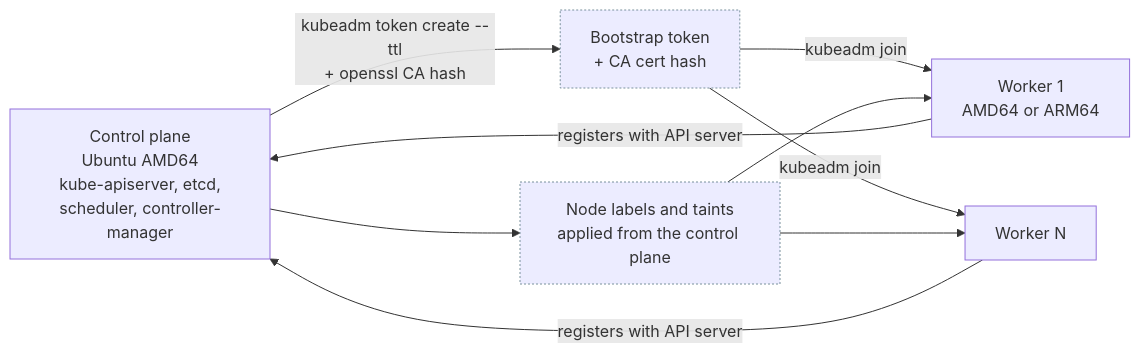
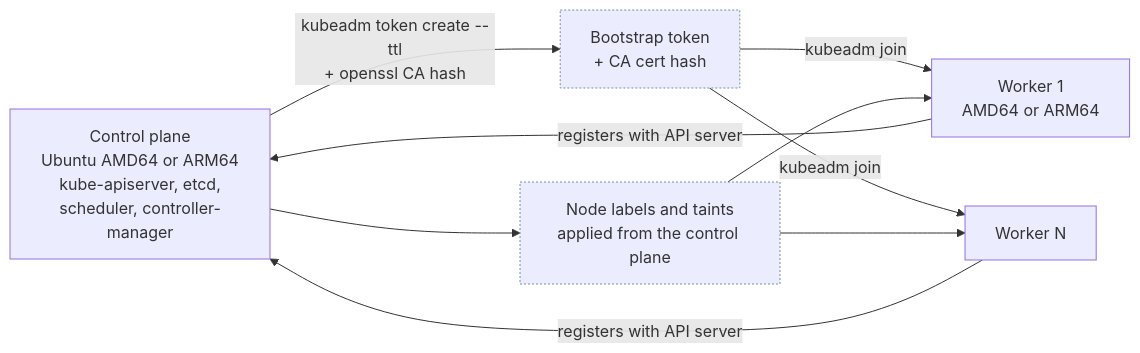
The second of 3 diagrams in docs/stage1/architecture.md (chrisleekr/homelab-infrastructure), drawn with Mermaid before and after one commit. The commit also changed 11 other files, not shown here.

````diff
--- a/docs/stage1/architecture.md
+++ b/docs/stage1/architecture.md
@@ -41,19 +41,19 @@
 ```mermaid
 flowchart LR
-    ctrlplane["Control plane<br/>Ubuntu AMD64<br/>kube-apiserver, etcd,<br/>scheduler, controller-manager"]
+    ctrlplane["Control plane<br/>Ubuntu AMD64 or ARM64<br/>kube-apiserver, etcd,<br/>scheduler, controller-manager"]
     token["Bootstrap token<br/>+ CA cert hash"]:::aux
     worker1["Worker 1<br/>AMD64 or ARM64"]
     workerN["Worker N"]
     labels["Node labels and taints<br/>applied from the control plane"]:::aux
 
     ctrlplane -->|"kubeadm token create --ttl<br/>+ openssl CA hash"| token
     token -->|"kubeadm join"| worker1
     token -->|"kubeadm join"| workerN
     worker1 -->|"registers with API server"| ctrlplane
     workerN -->|"registers with API server"| ctrlplane
     ctrlplane --> labels
     labels --> worker1
     labels --> workerN
 
     classDef aux stroke:#78909c,stroke-dasharray:2 2
 ```
````
